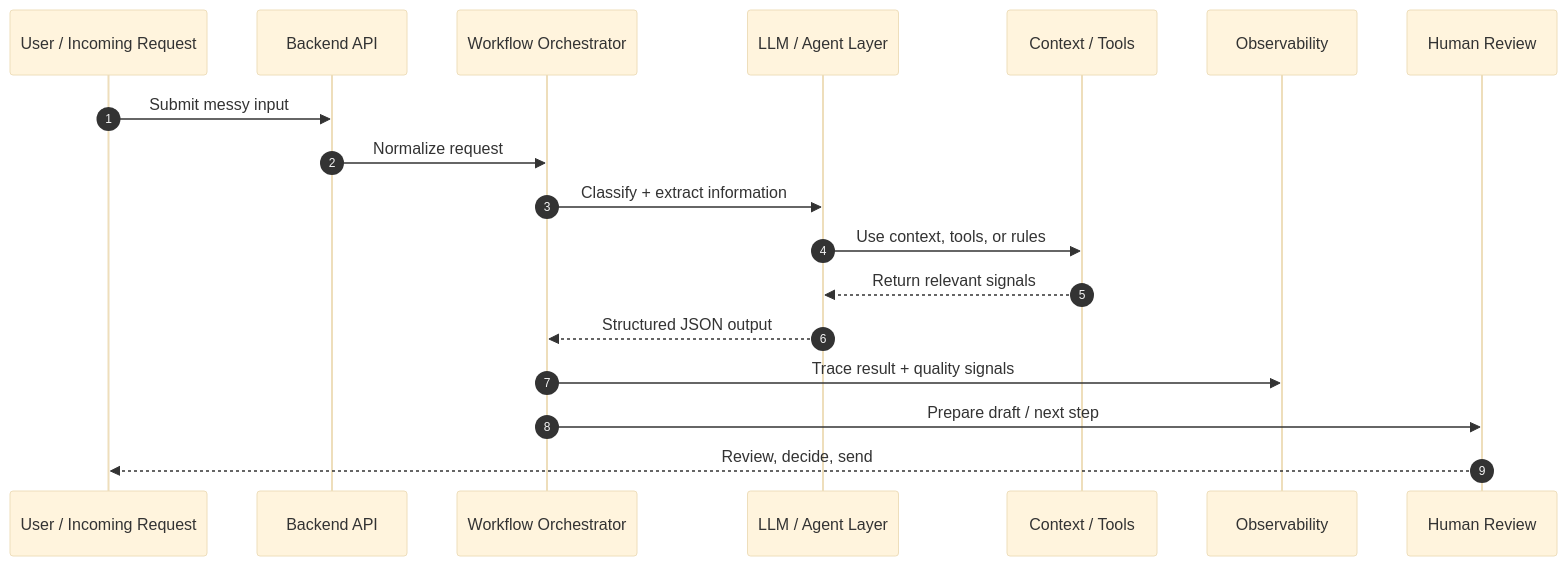
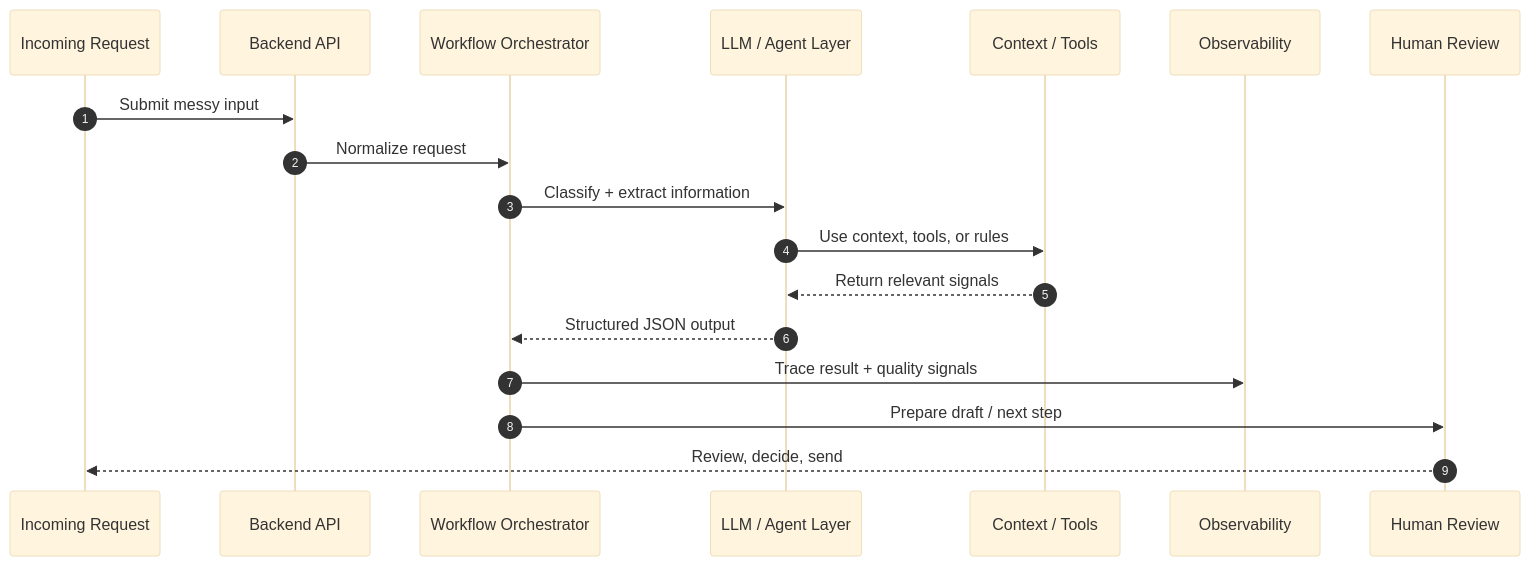
Before and after one commit to nico-wittemann/nico-wittemann: the second of 2 diagrams in README.md, drawn with Mermaid (base theme). The commit also changed other lines of this file, not shown here.

````diff
--- a/README.md
+++ b/README.md
@@ -278,21 +265,21 @@
 ```mermaid
 sequenceDiagram
     autonumber
-    participant U as User / Incoming Request
+    participant U as Incoming Request
     participant API as Backend API
     participant ORCH as Workflow Orchestrator
     participant LLM as LLM / Agent Layer
     participant CTX as Context / Tools
     participant OBS as Observability
     participant H as Human Review
 
     U->>API: Submit messy input
     API->>ORCH: Normalize request
     ORCH->>LLM: Classify + extract information
     LLM->>CTX: Use context, tools, or rules
     CTX-->>LLM: Return relevant signals
     LLM-->>ORCH: Structured JSON output
     ORCH->>OBS: Trace result + quality signals
     ORCH->>H: Prepare draft / next step
     H-->>U: Review, decide, send
 ```
````
